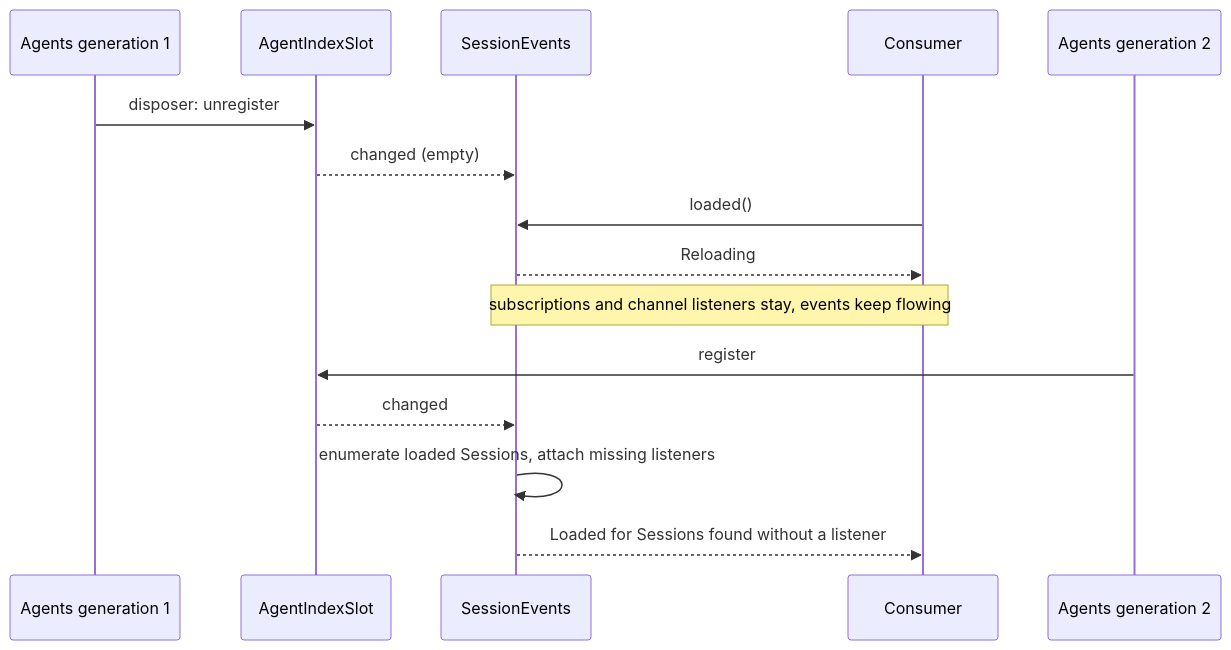
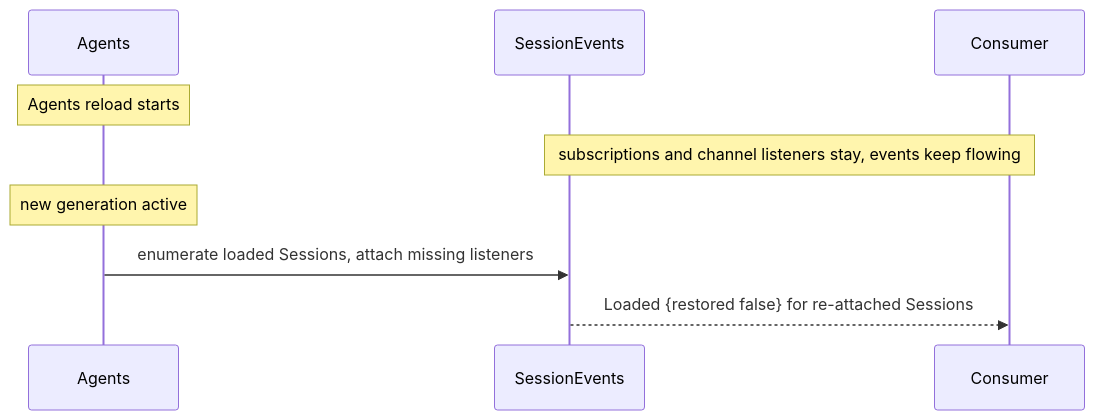
The fifth of 5 diagrams in docs/design/contracts/session-broadcast-subscription.md (CoutinhoTTS/dim-agent), drawn with Mermaid before and after one commit. The commit also changed other lines of this file and 4 other files, not shown here.

````diff
--- a/docs/design/contracts/session-broadcast-subscription.md
+++ b/docs/design/contracts/session-broadcast-subscription.md
@@ -134,17 +116,11 @@
 ```mermaid
 sequenceDiagram
-  participant A1 as Agents generation 1
-  participant Slot as AgentIndexSlot
+  participant A as Agents
   participant SE as SessionEvents
   participant C as Consumer
-  participant A2 as Agents generation 2
-  A1->>Slot: disposer: unregister
-  Slot-->>SE: changed (empty)
-  C->>SE: loaded()
-  SE-->>C: Reloading
+  Note over A: Agents reload starts
   Note over SE,C: subscriptions and channel listeners stay, events keep flowing
-  A2->>Slot: register
-  Slot-->>SE: changed
-  SE->>SE: enumerate loaded Sessions, attach missing listeners
-  SE-->>C: Loaded for Sessions found without a listener
+  Note over A: new generation active
+  A->>SE: enumerate loaded Sessions, attach missing listeners
+  SE-->>C: Loaded {restored false} for re-attached Sessions
 ```
````
